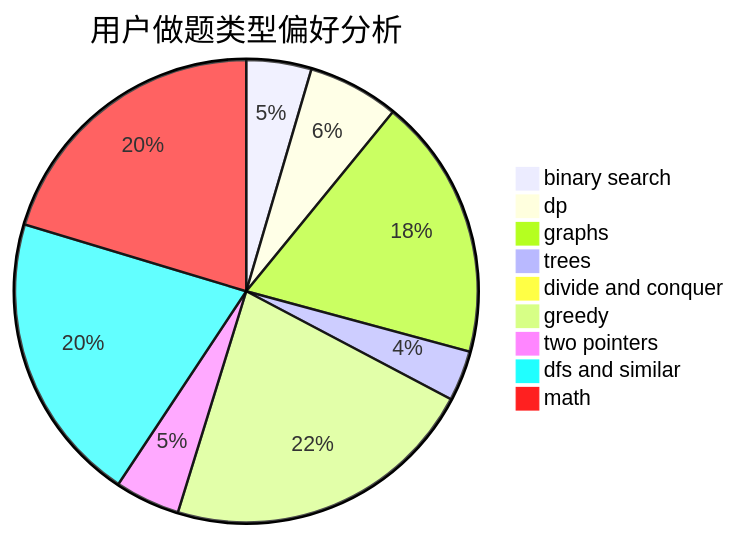
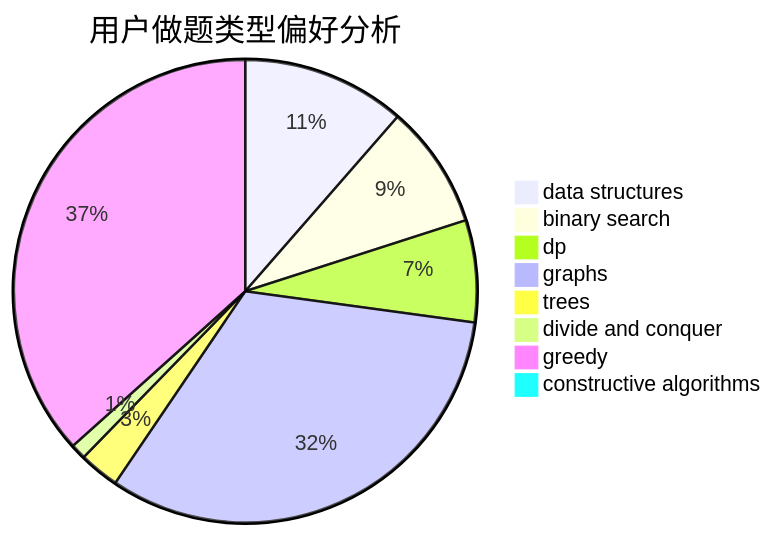
The second of 3 diagrams in docs/user/u1296.md (sherpahu/cfrs.github.io), drawn with Mermaid before and after one commit. The commit also changed other lines of this file and 2775 other files, not shown here.

````diff
--- a/docs/user/u1296.md
+++ b/docs/user/u1296.md
@@ -23,12 +23,11 @@
 ```mermaid
 pie title 用户做题类型偏好分析
+    "data structures" :  53
     "binary search" :  40
-    "dp" :  56
-    "graphs" :  161
-    "trees" :  31
+    "dp" :  33
+    "graphs" :  150
+    "trees" :  13
     "divide and conquer" :  5
-    "greedy" :  194
-    "two pointers" :  40
-    "dfs and similar" :  179
-    "math" :  179
+    "greedy" :  170
+    "constructive algorithms" :  0
 ```
````
